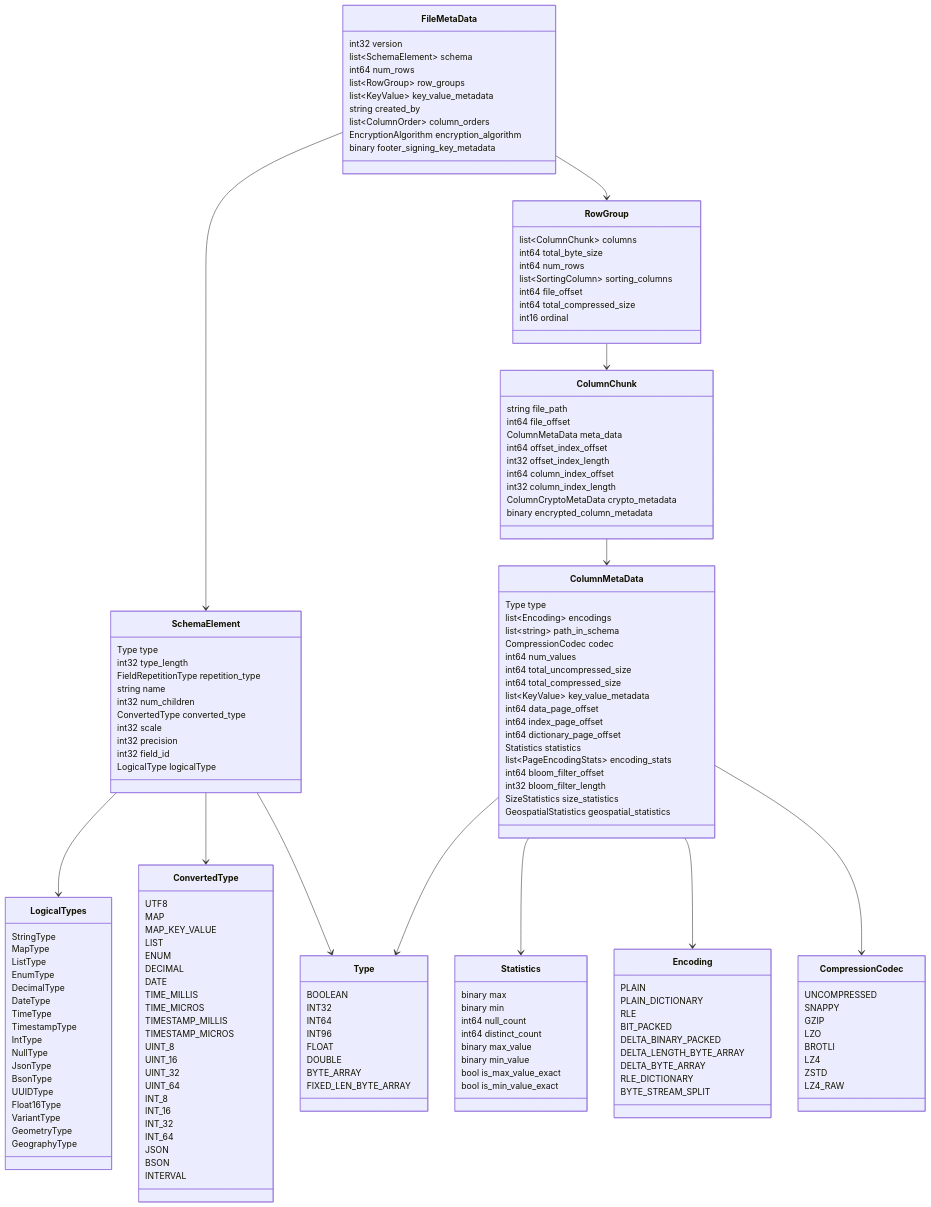
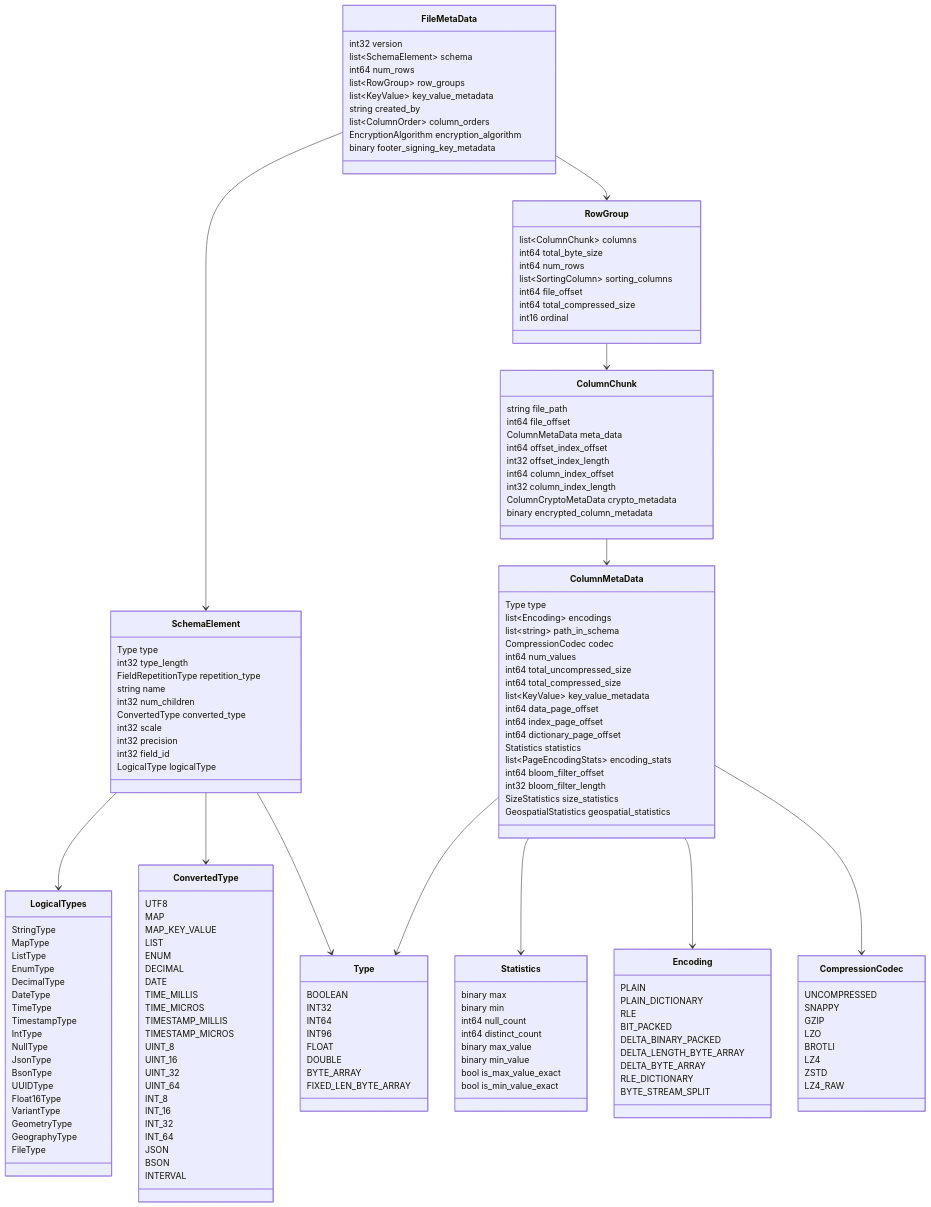
The diagram in static/images/FileMetaData.mermaid (apache/parquet-site), drawn with Mermaid before and after one commit. The commit also changed 1 other file, not shown here.

Commit message:
Add FileType to the FileMetaData diagram
The metadata diagram's LogicalTypes class was missing FileType after
parquet-format added the FILE logical type. Update the Mermaid source
and regenerate the SVG so the docs page matches the thrift definition.

```diff
--- a/static/images/FileMetaData.mermaid
+++ b/static/images/FileMetaData.mermaid
@@ -1,173 +1,174 @@
 classDiagram
     FileMetaData --> SchemaElement
     FileMetaData --> RowGroup
     
     RowGroup --> ColumnChunk
     
     ColumnChunk --> ColumnMetaData
     
     ColumnMetaData --> Statistics
     ColumnMetaData --> Type
     ColumnMetaData --> Encoding
     ColumnMetaData --> CompressionCodec
     
     SchemaElement --> LogicalTypes
     SchemaElement --> Type
     SchemaElement --> ConvertedType
     
     class FileMetaData {
         int32 version
         list~SchemaElement~ schema
         int64 num_rows
         list~RowGroup~ row_groups
         list~KeyValue~ key_value_metadata
         string created_by
         list~ColumnOrder~ column_orders
         EncryptionAlgorithm encryption_algorithm
         binary footer_signing_key_metadata
     }
     
     class SchemaElement {
         Type type
         int32 type_length
         FieldRepetitionType repetition_type
         string name
         int32 num_children
         ConvertedType converted_type
         int32 scale
         int32 precision
         int32 field_id
         LogicalType logicalType
     }
     
     class Type {
         BOOLEAN
         INT32
         INT64
         INT96
         FLOAT
         DOUBLE
         BYTE_ARRAY
         FIXED_LEN_BYTE_ARRAY
     }
     
     class LogicalTypes {
         StringType
         MapType
         ListType
         EnumType
         DecimalType
         DateType
         TimeType
         TimestampType
         IntType
         NullType
         JsonType
         BsonType
         UUIDType
         Float16Type
         VariantType
         GeometryType
         GeographyType
+        FileType
     }
     
     class ConvertedType {
         UTF8
         MAP
         MAP_KEY_VALUE
         LIST
         ENUM
         DECIMAL
         DATE
         TIME_MILLIS
         TIME_MICROS
         TIMESTAMP_MILLIS
         TIMESTAMP_MICROS
         UINT_8
         UINT_16
         UINT_32
         UINT_64
         INT_8
         INT_16
         INT_32
         INT_64
         JSON
         BSON
         INTERVAL
     }
     
     class Encoding {
         PLAIN
         PLAIN_DICTIONARY
         RLE
         BIT_PACKED
         DELTA_BINARY_PACKED
         DELTA_LENGTH_BYTE_ARRAY
         DELTA_BYTE_ARRAY
         RLE_DICTIONARY
         BYTE_STREAM_SPLIT
     }
     
     class CompressionCodec {
         UNCOMPRESSED
         SNAPPY
         GZIP
         LZO
         BROTLI
         LZ4
         ZSTD
         LZ4_RAW
     }
     
     class RowGroup {
         list~ColumnChunk~ columns
         int64 total_byte_size
         int64 num_rows
         list~SortingColumn~ sorting_columns
         int64 file_offset
         int64 total_compressed_size
         int16 ordinal
     }
     
     class ColumnChunk {
         string file_path
         int64 file_offset
         ColumnMetaData meta_data
         int64 offset_index_offset
         int32 offset_index_length
         int64 column_index_offset
         int32 column_index_length
         ColumnCryptoMetaData crypto_metadata
         binary encrypted_column_metadata
     }
     
     class ColumnMetaData {
         Type type
         list~Encoding~ encodings
         list~string~ path_in_schema
         CompressionCodec codec
         int64 num_values
         int64 total_uncompressed_size
         int64 total_compressed_size
         list~KeyValue~ key_value_metadata
         int64 data_page_offset
         int64 index_page_offset
         int64 dictionary_page_offset
         Statistics statistics
         list~PageEncodingStats~ encoding_stats
         int64 bloom_filter_offset
         int32 bloom_filter_length
         SizeStatistics size_statistics
         GeospatialStatistics geospatial_statistics
     }
     
     class Statistics {
         binary max
         binary min
         int64 null_count
         int64 distinct_count
         binary max_value
         binary min_value
         bool is_max_value_exact
         bool is_min_value_exact
     }
```
